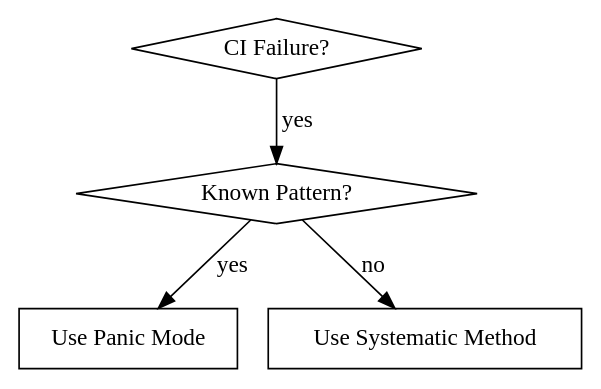
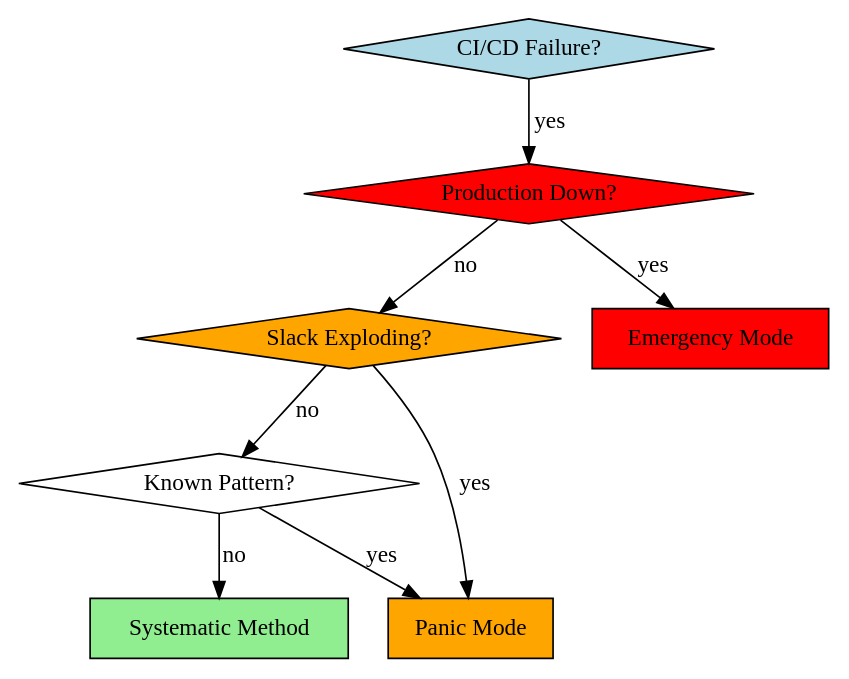
One commit to baleen37/dotfiles changed the diagram in users/shared/.config/claude/skills/ci-troubleshooting/SKILL.md. Above: the diagram before and after it, drawn with Graphviz. The commit also changed other lines of this file and 22 other files, not shown here.

````diff
--- a/users/shared/.config/claude/skills/ci-troubleshooting/SKILL.md
+++ b/users/shared/.config/claude/skills/ci-troubleshooting/SKILL.md
@@ -14,12 +14,19 @@
 ```dot
-digraph ci_troubleshooting_flow {
-    "CI Failure?" [shape=diamond];
+digraph ci_decision_matrix {
+    "CI/CD Failure?" [shape=diamond, style=filled, fillcolor=lightblue];
+    "Production Down?" [shape=diamond, style=filled, fillcolor=red];
+    "Slack Exploding?" [shape=diamond, style=filled, fillcolor=orange];
     "Known Pattern?" [shape=diamond];
-    "Use Panic Mode" [shape=box];
-    "Use Systematic Method" [shape=box];
+    "Emergency Mode" [shape=box, style=filled, fillcolor=red];
+    "Panic Mode" [shape=box, style=filled, fillcolor=orange];
+    "Systematic Method" [shape=box, style=filled, fillcolor=lightgreen];
 
-    "CI Failure?" -> "Known Pattern?" [label="yes"];
-    "Known Pattern?" -> "Use Panic Mode" [label="yes"];
-    "Known Pattern?" -> "Use Systematic Method" [label="no"];
+    "CI/CD Failure?" -> "Production Down?" [label="yes"];
+    "Production Down?" -> "Emergency Mode" [label="yes"];
+    "Production Down?" -> "Slack Exploding?" [label="no"];
+    "Slack Exploding?" -> "Panic Mode" [label="yes"];
+    "Slack Exploding?" -> "Known Pattern?" [label="no"];
+    "Known Pattern?" -> "Systematic Method" [label="no"];
+    "Known Pattern?" -> "Panic Mode" [label="yes"];
 }
 ```
````
